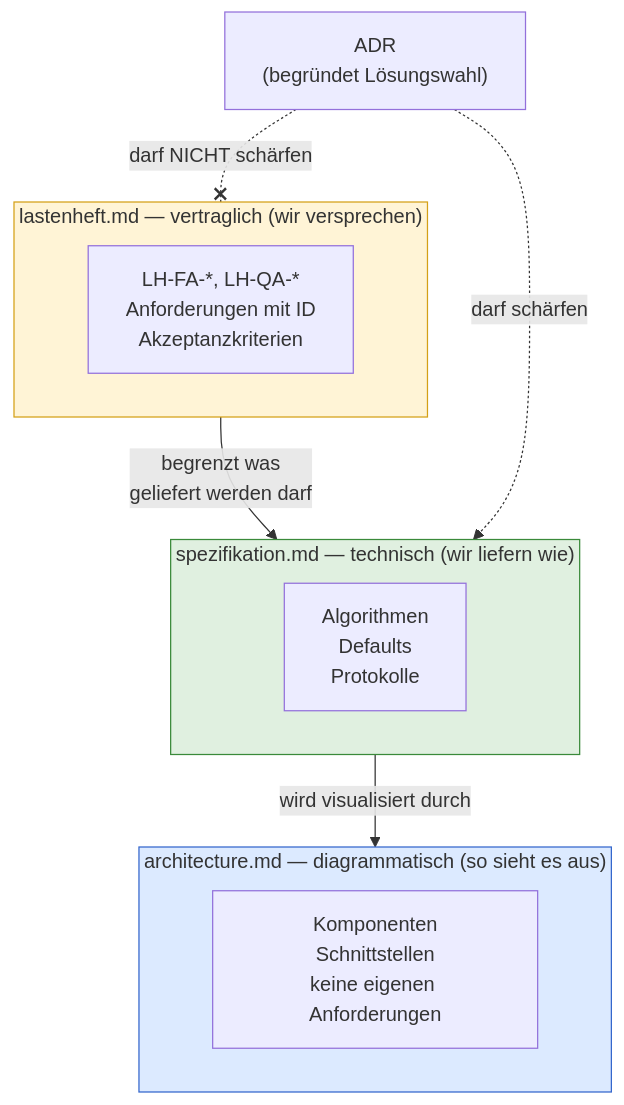
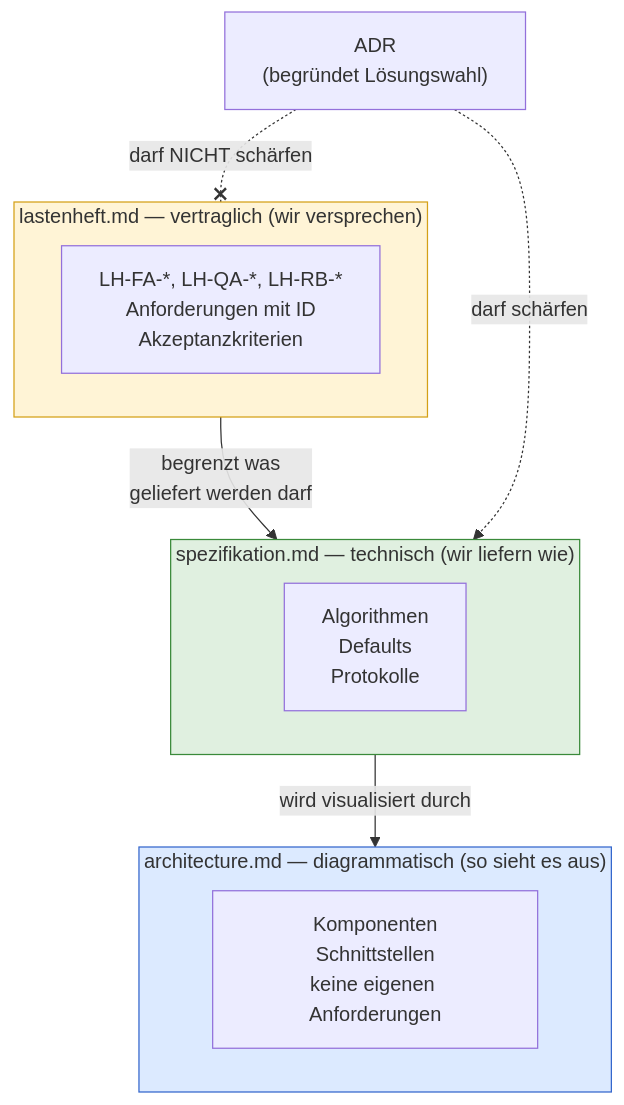
The second of 2 diagrams in kurs/de/grundlagen/source-precedence.md (pt9912/ai-harness-course), drawn with Mermaid before and after one commit. The commit also changed other lines of this file and 13 other files, not shown here.

````diff
--- a/kurs/de/grundlagen/source-precedence.md
+++ b/kurs/de/grundlagen/source-precedence.md
@@ -164,19 +164,19 @@
 ```mermaid
 flowchart TD
     subgraph LH["lastenheft.md — vertraglich (wir versprechen)"]
-        LH1["LH-FA-*, LH-QA-*<br/>Anforderungen mit ID<br/>Akzeptanzkriterien"]
+        LH1["LH-FA-*, LH-QA-*, LH-RB-*<br/>Anforderungen mit ID<br/>Akzeptanzkriterien"]
     end
     subgraph SP["spezifikation.md — technisch (wir liefern wie)"]
         SP1["Algorithmen<br/>Defaults<br/>Protokolle"]
     end
     subgraph AR["architecture.md — diagrammatisch (so sieht es aus)"]
         AR1["Komponenten<br/>Schnittstellen<br/>keine eigenen Anforderungen"]
     end
     LH -- "begrenzt was<br/>geliefert werden darf" --> SP
     SP -- "wird visualisiert durch" --> AR
     ADR["ADR<br/>(begründet Lösungswahl)"] -. "darf schärfen" .-> SP
     ADR -. "darf NICHT schärfen" .-x LH
     style LH fill:#fff4d6,stroke:#d4a017
     style SP fill:#e0f0e0,stroke:#3a8a3a
     style AR fill:#dceaff,stroke:#3366cc
 ```
````
